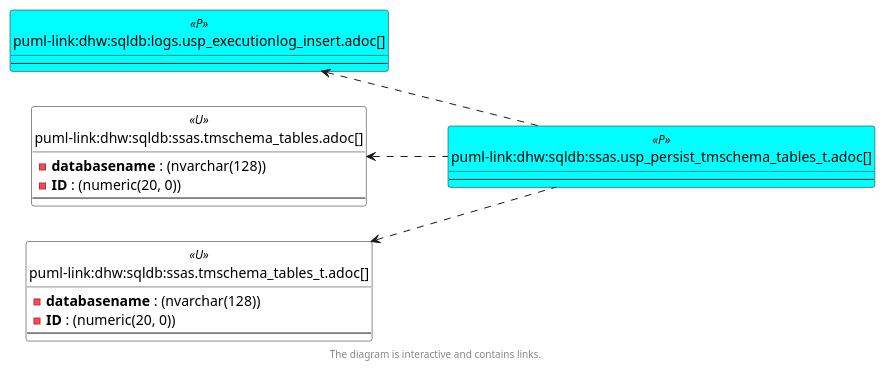
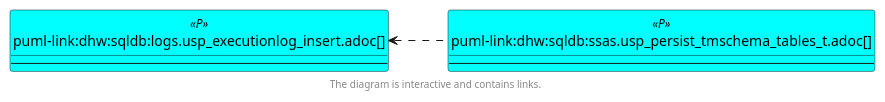
One commit to DataHandwerk/dhw-antora-sqldb changed the third of 6 diagrams in docs/modules/sqldb/partials/content/ssas.usp_persist_tmschema_tables_t.adoc. Above: the diagram before and after it, drawn with PlantUML. The commit also changed other lines of this file and 751 other files, not shown here.

```diff
--- a/docs/modules/sqldb/partials/content/ssas.usp_persist_tmschema_tables_t.adoc
+++ b/docs/modules/sqldb/partials/content/ssas.usp_persist_tmschema_tables_t.adoc
@@ -657,58 +652,44 @@
 [plantuml, entity_1_1_objectref-{docname}, svg, subs=macros]
 ....
 @startuml
 left to right direction
 'top to bottom direction
 hide circle
 'avoide "." issues:
 set namespaceSeparator none
 
 
 skinparam class {
   BackgroundColor White
   BackgroundColor<<FN>> Yellow
   BackgroundColor<<FS>> Yellow
   BackgroundColor<<FT>> LightGray
   BackgroundColor<<IF>> Yellow
   BackgroundColor<<IS>> Yellow
   BackgroundColor<<P>>  Aqua
   BackgroundColor<<PC>> Aqua
   BackgroundColor<<SN>> Yellow
   BackgroundColor<<SO>> SlateBlue
   BackgroundColor<<TF>> LightGray
   BackgroundColor<<TR>> Tomato
   BackgroundColor<<U>>  White
   BackgroundColor<<V>>  WhiteSmoke
   BackgroundColor<<X>>  Aqua
   BackgroundColor<<external>> AliceBlue
 }
 
 
 entity "puml-link:dhw:sqldb:logs.usp_executionlog_insert.adoc[]" as logs.usp_ExecutionLog_insert << P >> {
   --
 }
 
-entity "puml-link:dhw:sqldb:ssas.tmschema_tables.adoc[]" as ssas.TMSCHEMA_TABLES << U >> {
-  - **databasename** : (nvarchar(128))
-  - **ID** : (numeric(20, 0))
-  --
-}
-
-entity "puml-link:dhw:sqldb:ssas.tmschema_tables_t.adoc[]" as ssas.TMSCHEMA_TABLES_T << U >> {
-  - **databasename** : (nvarchar(128))
-  - **ID** : (numeric(20, 0))
-  --
-}
-
 entity "puml-link:dhw:sqldb:ssas.usp_persist_tmschema_tables_t.adoc[]" as ssas.usp_PERSIST_TMSCHEMA_TABLES_T << P >> {
   --
 }
 
 logs.usp_ExecutionLog_insert <.. ssas.usp_PERSIST_TMSCHEMA_TABLES_T
-ssas.TMSCHEMA_TABLES <.. ssas.usp_PERSIST_TMSCHEMA_TABLES_T
-ssas.TMSCHEMA_TABLES_T <.. ssas.usp_PERSIST_TMSCHEMA_TABLES_T
 
 footer The diagram is interactive and contains links.
 
 @enduml
 ....
```
